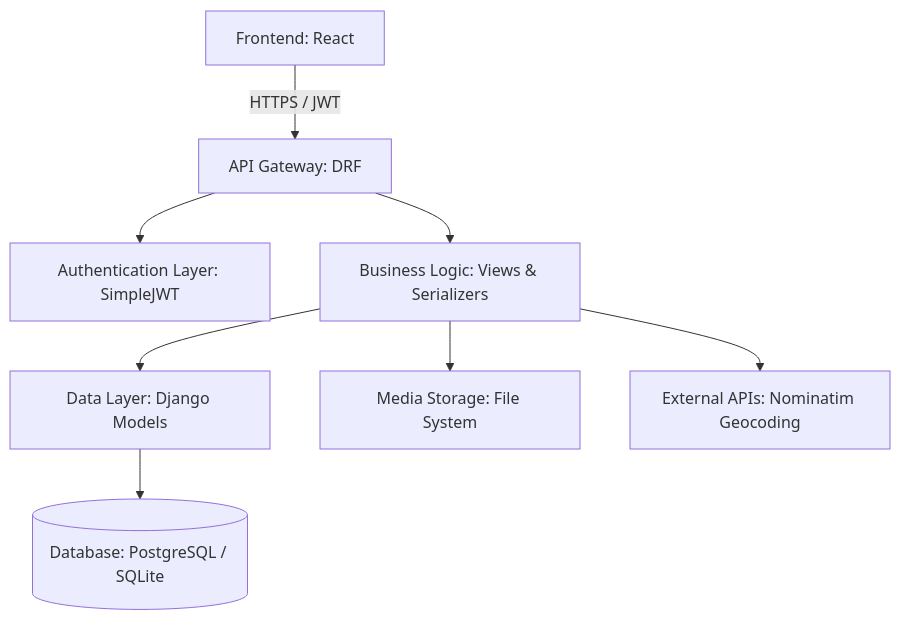
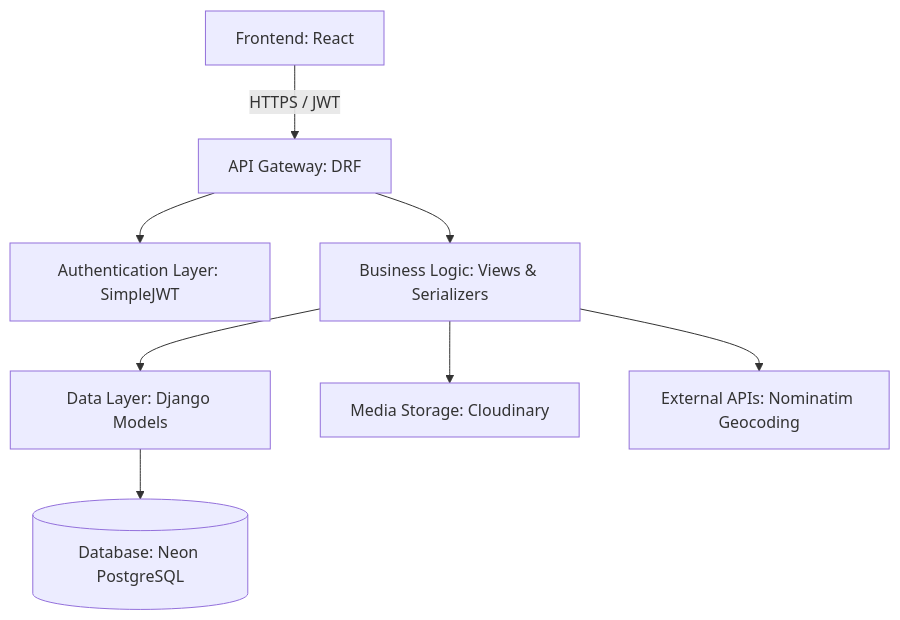
One commit to dharmeshgopnarayan29-dotcom/Normal changed the diagram in BACKEND_ARCHITECTURE.md. Above: the diagram before and after it, drawn with Mermaid. The commit also changed other lines of this file and 31 other files, not shown here.

````diff
--- a/BACKEND_ARCHITECTURE.md
+++ b/BACKEND_ARCHITECTURE.md
@@ -11,10 +11,10 @@
 ```mermaid
 graph TD
     A[Frontend: React] -->|HTTPS / JWT| B[API Gateway: DRF]
     B --> C[Authentication Layer: SimpleJWT]
     B --> D[Business Logic: Views & Serializers]
     D --> E[Data Layer: Django Models]
-    E --> F[(Database: PostgreSQL / SQLite)]
-    D --> G[Media Storage: File System]
+    E --> F[(Database: Neon PostgreSQL)]
+    D --> G[Media Storage: Cloudinary]
     D --> H[External APIs: Nominatim Geocoding]
 ```
````
